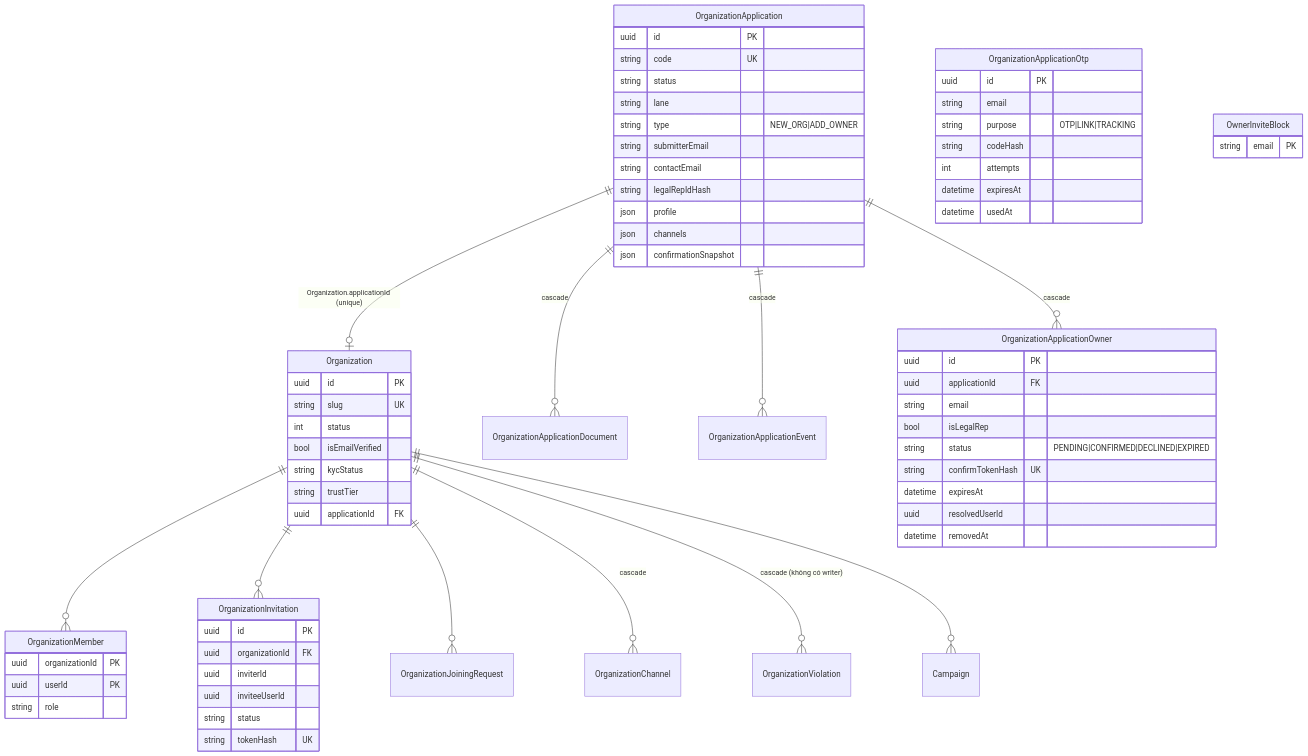
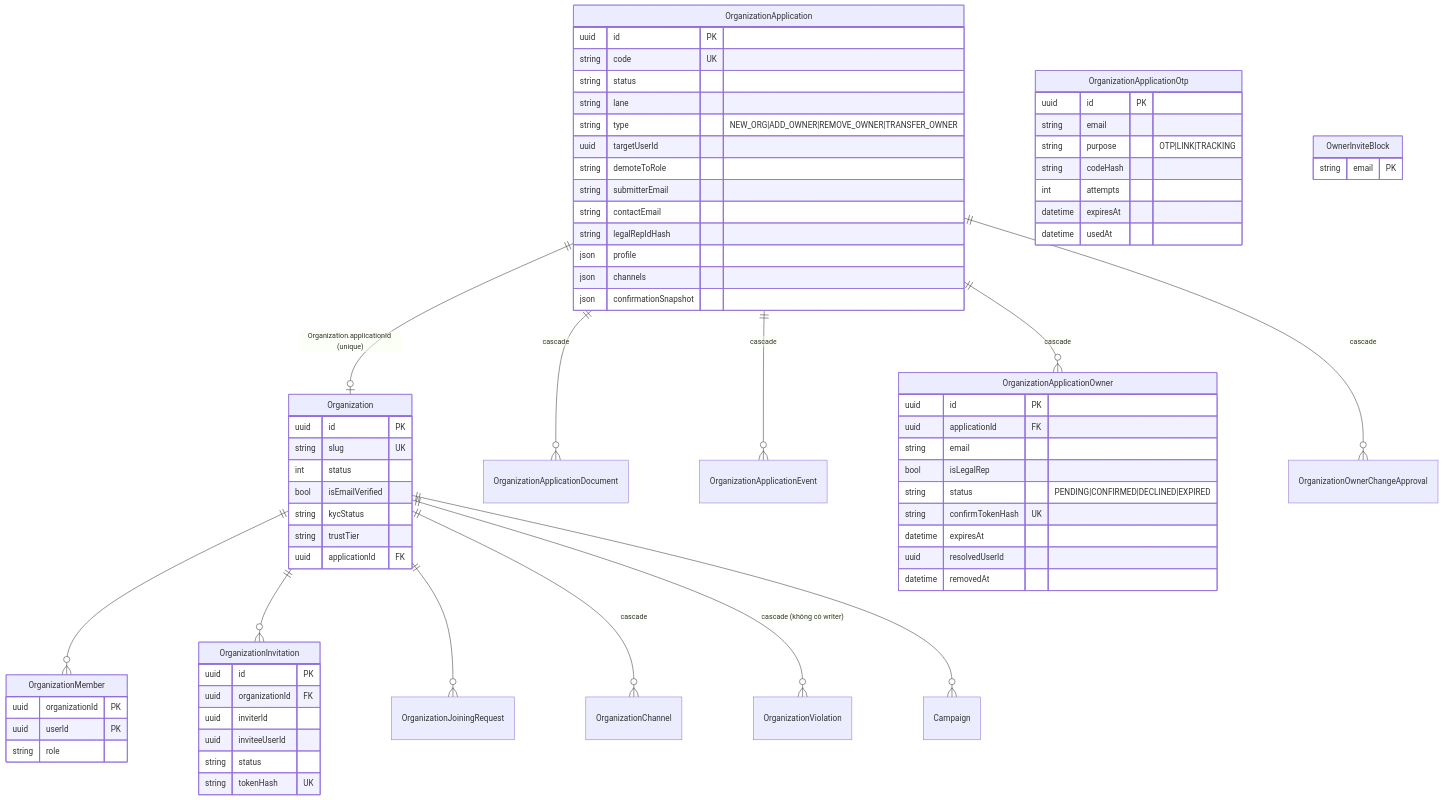
The third of 5 diagrams in 01-data-model.md (DOAN2-UQT-KN/ecolink-docs), drawn with Mermaid before and after one commit. The commit also changed other lines of this file and 10 other files, not shown here.

Commit message:
docs: phase 3 owner exit flows (revoke, transfer, step down) and in-org ADD_OWNER approval

````diff
--- a/01-data-model.md
+++ b/01-data-model.md
@@ -163,71 +163,74 @@
 ```mermaid
 erDiagram
   OrganizationApplication ||--o| Organization : "Organization.applicationId (unique)"
   OrganizationApplication ||--o{ OrganizationApplicationDocument : "cascade"
   OrganizationApplication ||--o{ OrganizationApplicationEvent : "cascade"
   OrganizationApplication ||--o{ OrganizationApplicationOwner : "cascade"
+  OrganizationApplication ||--o{ OrganizationOwnerChangeApproval : "cascade"
   Organization ||--o{ OrganizationMember : ""
   Organization ||--o{ OrganizationInvitation : ""
   Organization ||--o{ OrganizationJoiningRequest : ""
   Organization ||--o{ OrganizationChannel : "cascade"
   Organization ||--o{ OrganizationViolation : "cascade (không có writer)"
   Organization ||--o{ Campaign : ""
   OrganizationApplicationOtp {
     uuid id PK
     string email
     string purpose "OTP|LINK|TRACKING"
     string codeHash
     int attempts
     datetime expiresAt
     datetime usedAt
   }
   Organization {
     uuid id PK
     string slug UK
     int status
     bool isEmailVerified
     string kycStatus
     string trustTier
     uuid applicationId FK
   }
   OrganizationApplication {
     uuid id PK
     string code UK
     string status
     string lane
-    string type "NEW_ORG|ADD_OWNER"
+    string type "NEW_ORG|ADD_OWNER|REMOVE_OWNER|TRANSFER_OWNER"
+    uuid targetUserId
+    string demoteToRole
     string submitterEmail
     string contactEmail
     string legalRepIdHash
     json profile
     json channels
     json confirmationSnapshot
   }
   OrganizationApplicationOwner {
     uuid id PK
     uuid applicationId FK
     string email
     bool isLegalRep
     string status "PENDING|CONFIRMED|DECLINED|EXPIRED"
     string confirmTokenHash UK
     datetime expiresAt
     uuid resolvedUserId
     datetime removedAt
   }
   OrganizationMember {
     uuid organizationId PK
     uuid userId PK
     string role
   }
   OwnerInviteBlock {
     string email PK
   }
   OrganizationInvitation {
     uuid id PK
     uuid organizationId FK
     uuid inviterId
     uuid inviteeUserId
     string status
     string tokenHash UK
   }
 ```
````
